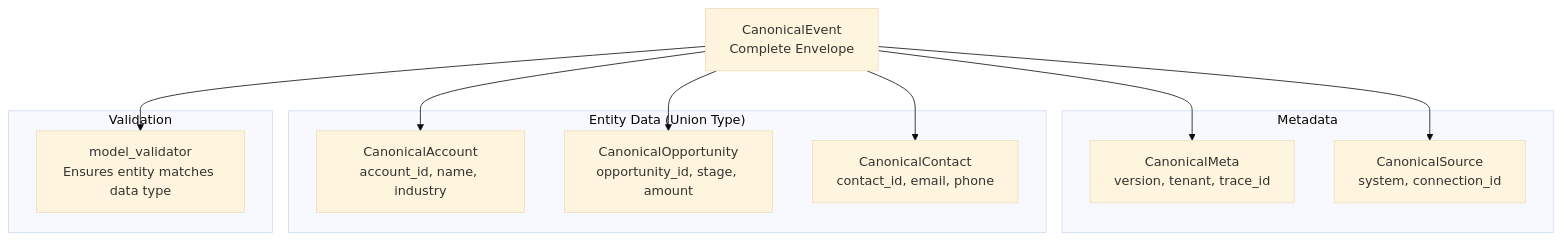
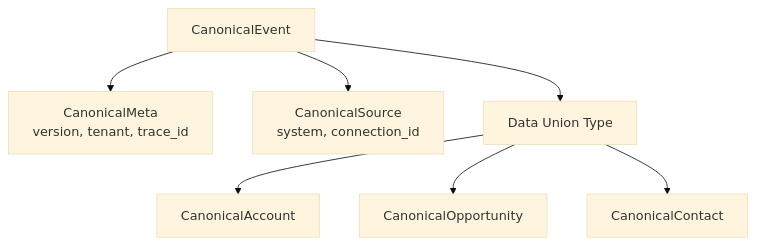
The eighth of 8 diagrams in ARCHITECTURE.md (ilyacantor/autonomos-platform), drawn with Mermaid (base theme) before and after one commit. The commit also changed other lines of this file and 1 other file, not shown here.

First line of the commit message:
Update architecture documentation with new system overview and details

````diff
--- a/ARCHITECTURE.md
+++ b/ARCHITECTURE.md
@@ -380,28 +320,12 @@
 ```mermaid
 graph TD
-    CANON_EVT[CanonicalEvent<br/>Complete Envelope]
+    EVENT[CanonicalEvent]
     
-    subgraph "Metadata"
-        META[CanonicalMeta<br/>version, tenant, trace_id]
-        SRC[CanonicalSource<br/>system, connection_id]
-    end
-
-    subgraph "Entity Data (Union Type)"
-        ACC[CanonicalAccount<br/>account_id, name, industry]
-        OPP[CanonicalOpportunity<br/>opportunity_id, stage, amount]
-        CON[CanonicalContact<br/>contact_id, email, phone]
-    end
-
-    CANON_EVT --> META
-    CANON_EVT --> SRC
-    CANON_EVT --> ACC
-    CANON_EVT --> OPP
-    CANON_EVT --> CON
-
-    subgraph "Validation"
-        VAL[model_validator<br/>Ensures entity matches data type]
-    end
-
-    CANON_EVT --> VAL
-
+    EVENT --> META[CanonicalMeta<br/>version, tenant, trace_id]
+    EVENT --> SRC[CanonicalSource<br/>system, connection_id]
+    EVENT --> DATA[Data Union Type]
+    
+    DATA --> ACC[CanonicalAccount]
+    DATA --> OPP[CanonicalOpportunity]
+    DATA --> CON[CanonicalContact]
 ```
````
